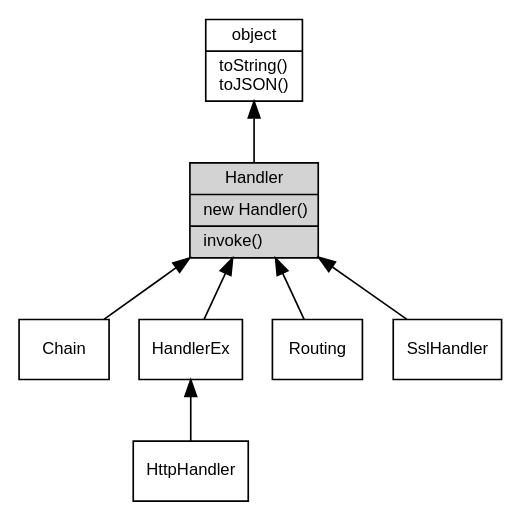
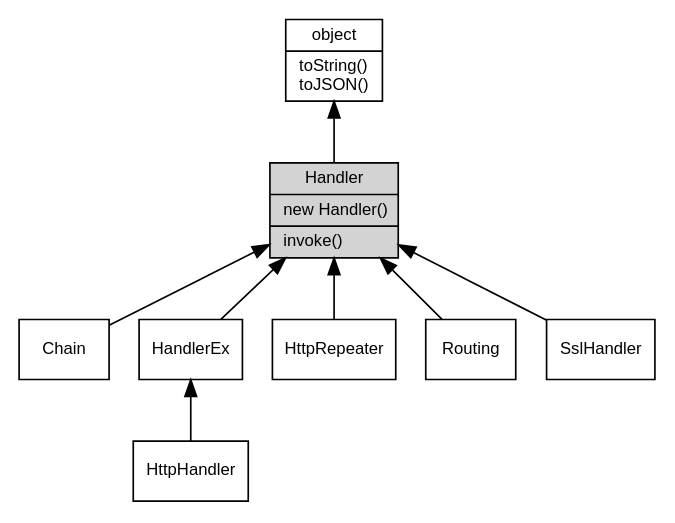
One commit to fibjs/fibjs.org changed the diagram in docs/manual/object/ifs/Handler.md. Above: the diagram before and after it, drawn with Graphviz. The commit also changed 210 other files, not shown here.

````diff
--- a/docs/manual/object/ifs/Handler.md
+++ b/docs/manual/object/ifs/Handler.md
@@ -5,20 +5,22 @@
 ```dot
 digraph {
     node [fontname="Helvetica,sans-Serif", fontsize=10, shape="record", style="filled", fillcolor="white"];
 
     object [tooltip="object", URL="object.md", label="{object|toString()\ltoJSON()\l}"];
     Handler [tooltip="Handler", fillcolor="lightgray", id="me", label="{Handler|new Handler()\l|invoke()\l}"];
     Chain [tooltip="Chain", URL="Chain.md", label="{Chain}"];
     HandlerEx [tooltip="HandlerEx", URL="HandlerEx.md", label="{HandlerEx}"];
     HttpHandler [tooltip="HttpHandler", URL="HttpHandler.md", label="{HttpHandler}"];
+    HttpRepeater [tooltip="HttpRepeater", URL="HttpRepeater.md", label="{HttpRepeater}"];
     Routing [tooltip="Routing", URL="Routing.md", label="{Routing}"];
     SslHandler [tooltip="SslHandler", URL="SslHandler.md", label="{SslHandler}"];
 
     object -> Handler [dir=back];
     Handler -> Chain [dir=back];
     Handler -> HandlerEx [dir=back];
     HandlerEx -> HttpHandler [dir=back];
+    Handler -> HttpRepeater [dir=back];
     Handler -> Routing [dir=back];
     Handler -> SslHandler [dir=back];
 }
 ```
````
